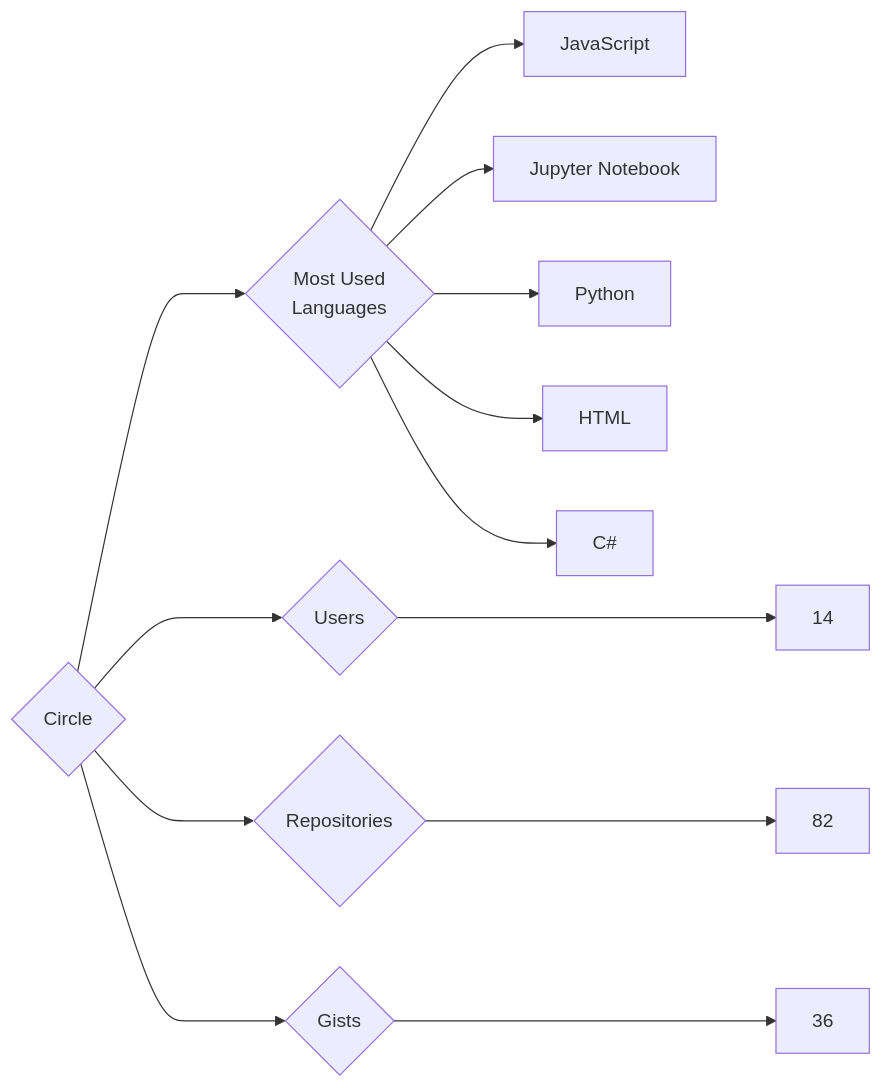
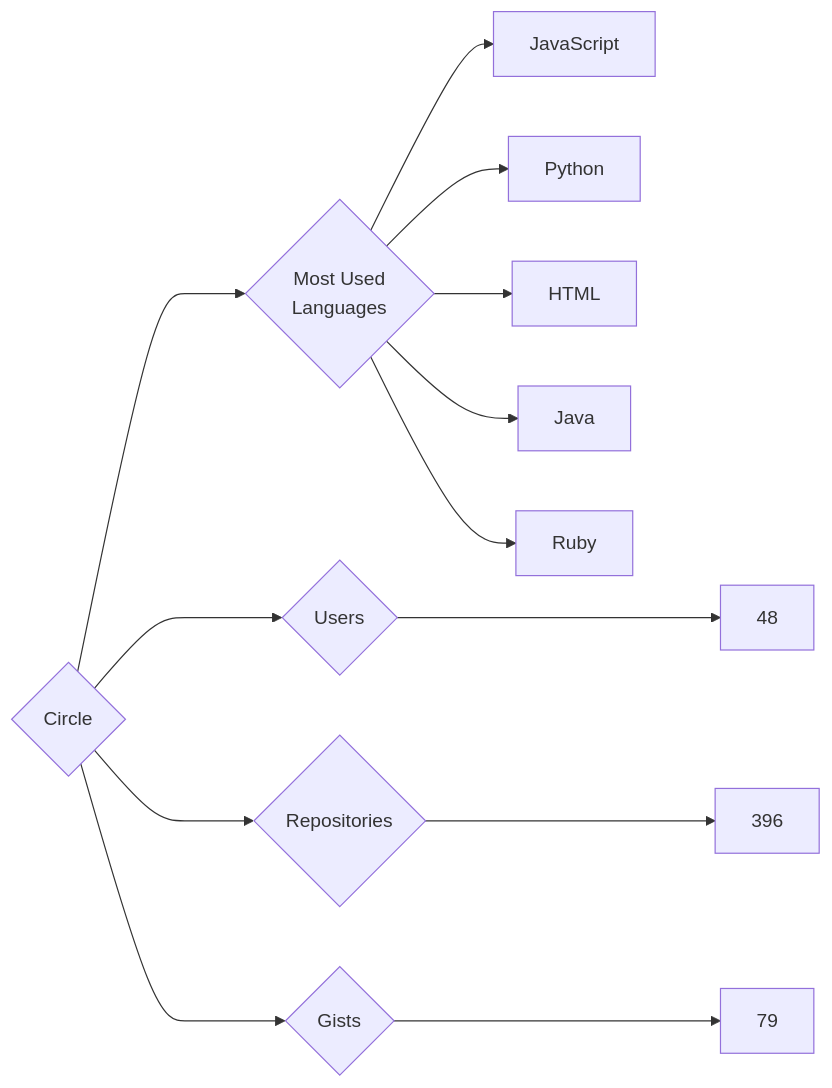
One commit to trickest/insiders changed the diagram in targets/Circle/README.md. Above: the diagram before and after it, drawn with Mermaid. The commit also changed 847 other files, not shown here.

````diff
--- a/targets/Circle/README.md
+++ b/targets/Circle/README.md
@@ -3,13 +3,13 @@
 ```mermaid
 graph LR
 COMPANY_NAME{Circle}
-COMPANY_NAME ---> U{Users} ---> UN[14]
-COMPANY_NAME ---> R{Repositories} ---> RN[82]
-COMPANY_NAME ---> G{Gists} ---> GN[36]
+COMPANY_NAME ---> U{Users} ---> UN[48]
+COMPANY_NAME ---> R{Repositories} ---> RN[396]
+COMPANY_NAME ---> G{Gists} ---> GN[79]
 COMPANY_NAME ---> ML{Most Used<br>Languages}
 ML --> JavaScript[JavaScript]
-ML --> Jupyter_Notebook[Jupyter Notebook]
 ML --> Python[Python]
 ML --> HTML[HTML]
-ML --> C#[C#]
+ML --> Java[Java]
+ML --> Ruby[Ruby]
 ```
````
